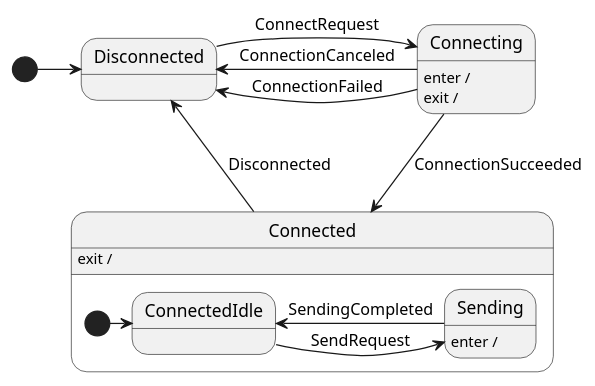
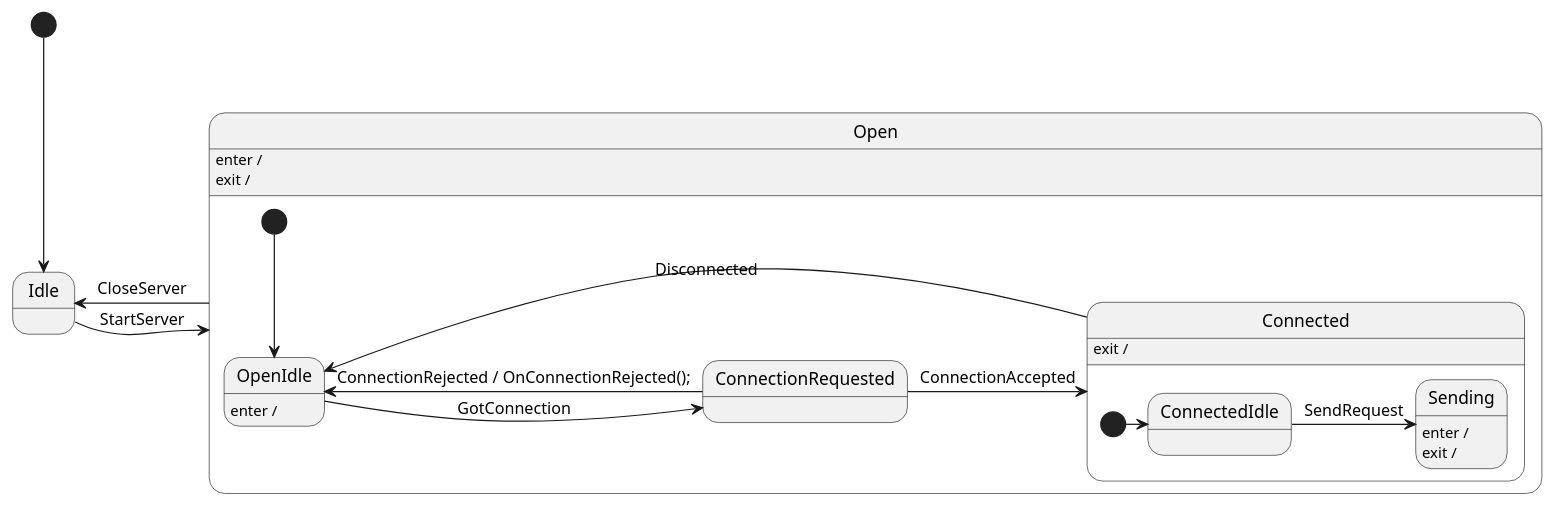
One commit to ArtemPindrus/FinancialTracker changed the diagram in FinancialTracker/StateMachines/SyncServer/SyncServer.plantuml. Above: the diagram before and after it, drawn with PlantUML. The commit also changed 25 other files, not shown here.

```diff
--- a/FinancialTracker/StateMachines/SyncServer/SyncServer.plantuml
+++ b/FinancialTracker/StateMachines/SyncServer/SyncServer.plantuml
@@ -1,32 +1,43 @@
 @startuml SyncServer
 
-state Disconnected
-state Connecting {
-    Connecting: enter / 
-    Connecting: exit / 
+state Idle
+state Open {
+    Open: enter / 
+    Open: exit / 
+
+    state OpenIdle {
+        OpenIdle: enter / 
+    }
+    state ConnectionRequested
+    state Connected {
+        Connected: exit /
+
+        state ConnectedIdle
+        state Sending {
+            Sending: enter / 
+            Sending: exit / 
+        }
+
+        [*] -> ConnectedIdle
+
+        ConnectedIdle -> Sending: SendRequest
+    }
+
+    [*] --> OpenIdle
+
+    Open -left-> Idle: CloseServer
+
+    OpenIdle -> ConnectionRequested: GotConnection
+
+    ConnectionRequested -> Connected: ConnectionAccepted
+    ConnectionRequested -> OpenIdle: ConnectionRejected / OnConnectionRejected();
+
+    Connected -left-> OpenIdle: Disconnected
 }
 
-state Connected {
-    Connected: exit /
 
-    state ConnectedIdle
-    state Sending {
-        Sending: enter / 
-    }
+[*] --> Idle
 
-    [*] -> ConnectedIdle
-}
-
-[*] -> Disconnected
-Disconnected -> Connecting: ConnectRequest
-
-Connecting -> Disconnected: ConnectionFailed
-Connecting -> Disconnected: ConnectionCanceled
-Connecting --> Connected: ConnectionSucceeded
-
-ConnectedIdle -> Sending: SendRequest
-Sending -> ConnectedIdle: SendingCompleted
-
-Connected -> Disconnected: Disconnected
+Idle -> Open: StartServer
 
 @enduml
```
